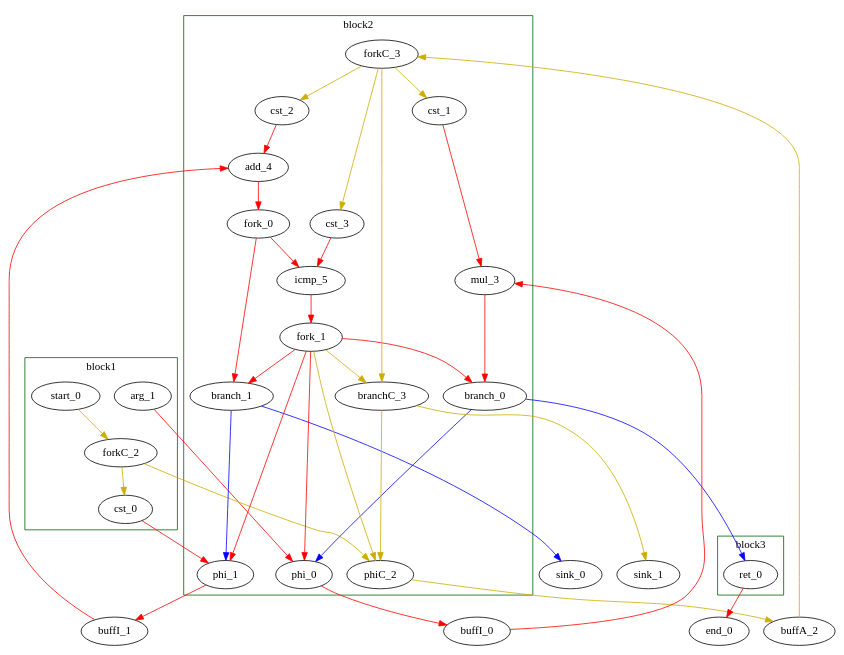
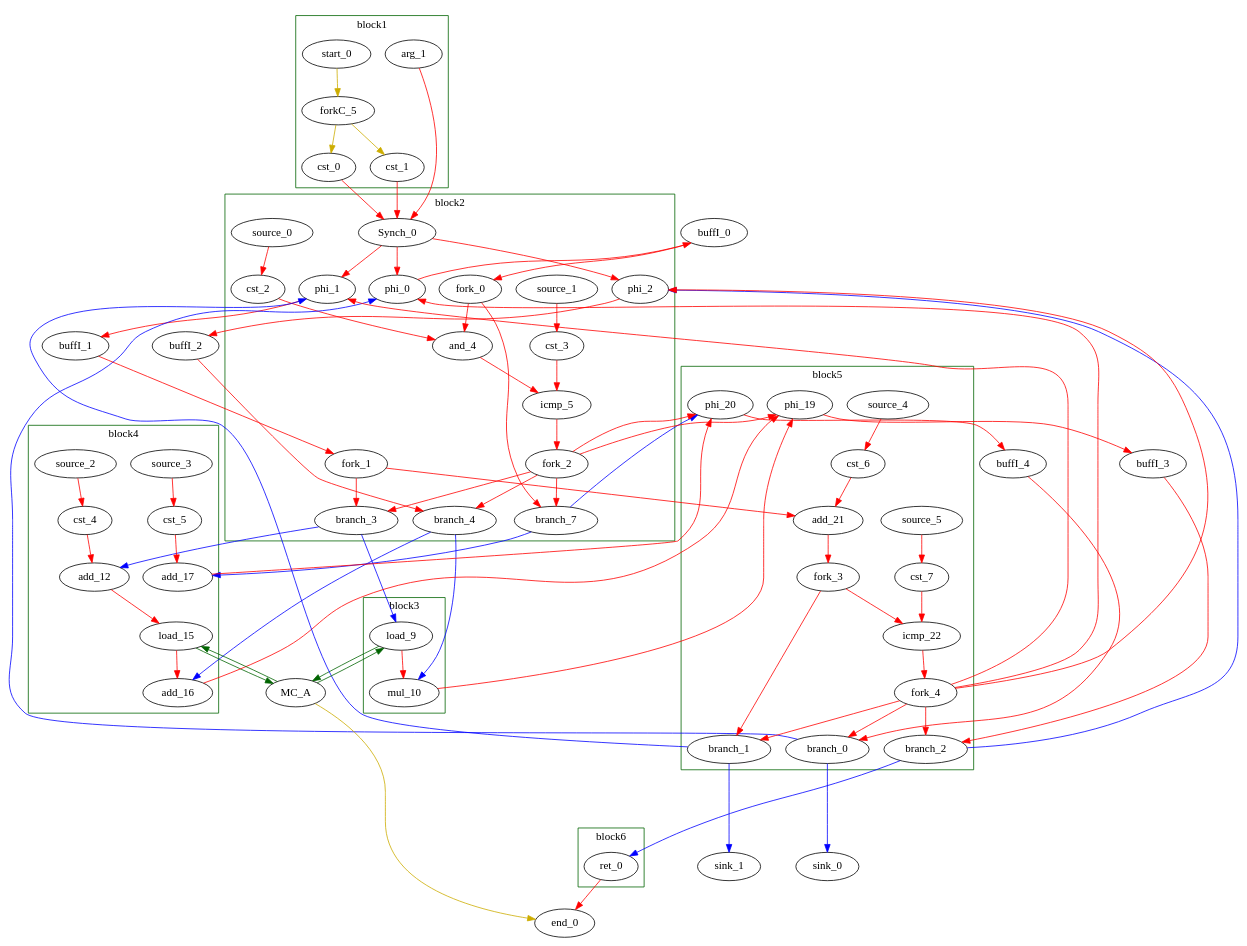
One commit to radigianluca/tagged-token-delivery changed the diagram in Regression_test/examples/fir/reports/fir.dot. Above: the diagram before and after it, drawn with Graphviz. The commit also changed 81 other files, not shown here.

```diff
--- a/Regression_test/examples/fir/reports/fir.dot
+++ b/Regression_test/examples/fir/reports/fir.dot
@@ -6,9 +6,10 @@
 	color = "darkgreen";
 		label = "block1";
 		"arg_1" [type = "Entry", bbID= 1, in = "in1:32", out = "out1:32"];
-		"cst_0" [type = "Constant", bbID= 1, in = "in1:32", out = "out1:32", value = "0x00000000"];
+		"cst_0" [type = "Constant", bbID= 1, in = "in1:32", out = "out1:32", value = "0x00000002"];
+		"cst_1" [type = "Constant", bbID= 1, in = "in1:32", out = "out1:32", value = "0x00000001"];
 		"start_0" [type = "Entry", control= "true", bbID= 1, in = "in1:0", out = "out1:0"];
-		"forkC_2" [type = "Fork", bbID= 1, in = "in1:0", out = "out1:0 out2:0 "];
+		"forkC_5" [type = "Fork", bbID= 1, in = "in1:0", out = "out1:0 out2:0 "];
 
 	}
 
@@ -17,70 +18,155 @@
 		label = "block2";
 		"phi_0" [type = "LoopMux", bbID= 2, in = "in1?:1 in2:32 in3:32 ", out = "out1:32", delay=0.366];
 		"phi_1" [type = "LoopMux", bbID= 2, in = "in1?:1 in2:32 in3:32 ", out = "out1:32", delay=0.366];
-		"cst_1" [type = "Constant", bbID= 2, in = "in1:32", out = "out1:32", value = "0x00000005"];
-		"mul_3" [type = "Operator", bbID= 2, op = "mul_op", in = "in1:32 in2:32 ", out = "out1:32 ", delay=0.000, latency=4, II=1];
+		"phi_2" [type = "LoopMux", bbID= 2, in = "in1?:1 in2:32 in3:32 ", out = "out1:32", delay=0.366];
 		"cst_2" [type = "Constant", bbID= 2, in = "in1:32", out = "out1:32", value = "0x00000001"];
-		"add_4" [type = "Operator", bbID= 2, op = "add_op", in = "in1:32 in2:32 ", out = "out1:32 ", delay=1.693, latency=0, II=1];
-		"cst_3" [type = "Constant", bbID= 2, in = "in1:32", out = "out1:32", value = "0x00000003"];
-		"icmp_5" [type = "Operator", bbID= 2, op = "icmp_ult_op", in = "in1:32 in2:32 ", out = "out1:1 ", delay=1.530, latency=0, II=1];
-		"phiC_2" [type = "LoopMux", bbID= 2, in = "in1?:1 in2:0 in3:0 ", out = "out1:0", delay=0.166];
-		"branch_0" [type = "Branch", bbID= 2,  in = "in1:32 in2?:1*i", out = "out1+:32 out2-:32"];
-		"branch_1" [type = "Branch", bbID= 2,  in = "in1:32 in2?:1*i", out = "out1+:32 out2-:32"];
-		"branchC_3" [type = "Branch", bbID= 2,  in = "in1:0 in2?:1*i", out = "out1+:0 out2-:0"];
+		"and_4" [type = "Operator", bbID= 2, op = "and_op", in = "in1:32 in2:32 ", out = "out1:32 ", delay=0.000, latency=0, II=1];
+		"cst_3" [type = "Constant", bbID= 2, in = "in1:32", out = "out1:32", value = "0x00000000"];
+		"icmp_5" [type = "Operator", bbID= 2, op = "icmp_eq_op", in = "in1:32 in2:32 ", out = "out1:1 ", delay=1.530, latency=0, II=1];
+		"source_0" [type = "Source", bbID= 2, out = "out1:0"];
+		"source_1" [type = "Source", bbID= 2, out = "out1:0"];
+		"branch_3" [type = "Branch", bbID= 2,  in = "in1:32 in2?:1", out = "out1+:32 out2-:32"];
+		"branch_4" [type = "Branch", bbID= 2,  in = "in1:32 in2?:1", out = "out1+:32 out2-:32"];
+		"branch_7" [type = "Branch", bbID= 2,  in = "in1:32 in2?:1*i", out = "out1+:32 out2-:32"];
+		"Synch_0" [type = "Synch", bbID= 2, in = " in1:32 in2:32 in3:32", out = " out1:32 out2:32 out3:32"];
 		"fork_0" [type = "Fork", bbID= 2, in = "in1:32", out = "out1:32 out2:32 "];
-		"fork_1" [type = "Fork", bbID= 2, in = "in1:32", out = "out1:32 out2:32 out3:32 out4:32 out5:32 out6:32 "];
-		"forkC_3" [type = "Fork", bbID= 2, in = "in1:0", out = "out1:0 out2:0 out3:0 out4:0 "];
+		"fork_1" [type = "Fork", bbID= 2, in = "in1:32", out = "out1:32 out2:32 "];
+		"fork_2" [type = "Fork", bbID= 2, in = "in1:32", out = "out1:32 out2:32 out3:32 out4:32 out5:32 "];
 
 	}
 
 	subgraph cluster_2 {
 	color = "darkgreen";
 		label = "block3";
-		"ret_0" [type = "Operator", bbID= 3, op = "ret_op", in = "in1:32 ", out = "out1:32 ", delay=0.000, latency=0, II=1];
+		"load_9" [type = "Operator", bbID= 3, op = "mc_load_op",bbID= 3, portId= 0, offset= 0, in = "in1:32 in2:32", out = "out1:32 out2:32 ", delay=0.000, latency=2, II=1];
+		"mul_10" [type = "Operator", bbID= 3, op = "mul_op", in = "in1:32 in2:32 ", out = "out1:32 ", delay=0.000, latency=4, II=1];
 
 	}
+
+	subgraph cluster_3 {
+	color = "darkgreen";
+		label = "block4";
+		"cst_4" [type = "Constant", bbID= 4, in = "in1:32", out = "out1:32", value = "0xFFFFFFFF"];
+		"add_12" [type = "Operator", bbID= 4, op = "add_op", in = "in1:32 in2:32 ", out = "out1:32 ", delay=1.693, latency=0, II=1];
+		"load_15" [type = "Operator", bbID= 4, op = "mc_load_op",bbID= 4, portId= 1, offset= 0, in = "in1:32 in2:32", out = "out1:32 out2:32 ", delay=0.000, latency=2, II=1];
+		"add_16" [type = "Operator", bbID= 4, op = "add_op", in = "in1:32 in2:32 ", out = "out1:32 ", delay=1.693, latency=0, II=1];
+		"cst_5" [type = "Constant", bbID= 4, in = "in1:32", out = "out1:32", value = "0x00000001"];
+		"add_17" [type = "Operator", bbID= 4, op = "add_op", in = "in1:32 in2:32 ", out = "out1:32 ", delay=1.693, latency=0, II=1];
+		"source_2" [type = "Source", bbID= 4, out = "out1:0"];
+		"source_3" [type = "Source", bbID= 4, out = "out1:0"];
+
+	}
+
+	subgraph cluster_4 {
+	color = "darkgreen";
+		label = "block5";
+		"phi_19" [type = "Mux", bbID= 5, in = "in1?:1 in2:32 in3:32 ", out = "out1:32", delay=0.366];
+		"phi_20" [type = "Mux", bbID= 5, in = "in1?:1 in2:32 in3:32 ", out = "out1:32", delay=0.366];
+		"cst_6" [type = "Constant", bbID= 5, in = "in1:32", out = "out1:32", value = "0x00000001"];
+		"add_21" [type = "Operator", bbID= 5, op = "add_op", in = "in1:32 in2:32 ", out = "out1:32 ", delay=1.693, latency=0, II=1];
+		"cst_7" [type = "Constant", bbID= 5, in = "in1:32", out = "out1:32", value = "0x0000000A"];
+		"icmp_22" [type = "Operator", bbID= 5, op = "icmp_ult_op", in = "in1:32 in2:32 ", out = "out1:1 ", delay=1.530, latency=0, II=1];
+		"source_4" [type = "Source", bbID= 5, out = "out1:0"];
+		"source_5" [type = "Source", bbID= 5, out = "out1:0"];
+		"branch_0" [type = "Branch", bbID= 5,  in = "in1:32 in2?:1*i", out = "out1+:32 out2-:32"];
+		"branch_1" [type = "Branch", bbID= 5,  in = "in1:32 in2?:1*i", out = "out1+:32 out2-:32"];
+		"branch_2" [type = "Branch", bbID= 5,  in = "in1:32 in2?:1*i", out = "out1+:32 out2-:32"];
+		"fork_3" [type = "Fork", bbID= 5, in = "in1:32", out = "out1:32 out2:32 "];
+		"fork_4" [type = "Fork", bbID= 5, in = "in1:32", out = "out1:32 out2:32 out3:32 out4:32 out5:32 out6:32 "];
+
+	}
+
+	subgraph cluster_5 {
+	color = "darkgreen";
+		label = "block6";
+		"ret_0" [type = "Operator", bbID= 6, op = "ret_op", in = "in1:32 ", out = "out1:32 ", delay=0.000, latency=0, II=1];
+
+	}
+	"MC_A" [type = "MC", bbID= 0, in = "in1:32*l0a in2:32*l1a ", out = "out1:32*l0d out2:32*l1d out3:0*e ", memory = "A", bbcount = 0, ldcount = 2, stcount = 0];
 	"sink_0" [type = "Sink", bbID= 0, in = "in1:32"];
-	"sink_1" [type = "Sink", bbID= 0, in = "in1:0"];
-	"end_0" [type = "Exit", bbID= 0, in = "in1:32 ", out = "out1:32"];
+	"sink_1" [type = "Sink", bbID= 0, in = "in1:32"];
+	"end_0" [type = "Exit", bbID= 0, in = "in1:0*e in2:32 ", out = "out1:32"];
 	"buffI_0" [type = "Buffer", bbID= 0, in = "in1:32", out = "out1:32"];
 	"buffI_1" [type = "Buffer", bbID= 0, in = "in1:32", out = "out1:32"];
-	"buffA_2" [type = "Buffer", bbID= 0, in = "in1:0", out = "out1:0"];
+	"buffI_2" [type = "Buffer", bbID= 0, in = "in1:32", out = "out1:32"];
+	"buffI_3" [type = "Buffer", bbID= 0, in = "in1:32", out = "out1:32"];
+	"buffI_4" [type = "Buffer", bbID= 0, in = "in1:32", out = "out1:32"];
 
-	"arg_1" -> "phi_0" [color = "red", from = "out1", to = "in2"];
+	"load_9" -> "MC_A" [color = "darkgreen", mem_address = "true", from = "out2", to = "in1"];
+	"MC_A" -> "load_9" [color = "darkgreen", mem_address = "false", from = "out1", to = "in1"];
+	"load_15" -> "MC_A" [color = "darkgreen", mem_address = "true", from = "out2", to = "in2"];
+	"MC_A" -> "load_15" [color = "darkgreen", mem_address = "false", from = "out2", to = "in1"];
+	"MC_A" -> "end_0" [color = "gold3", from = "out3", to = "in1"];
+	"arg_1" -> "Synch_0" [color = "red", from = "out1", to = "in1"];
 	"phi_0" -> "buffI_0" [color = "red", from = "out1", to = "in1"];
-	"cst_0" -> "phi_1" [color = "red", from = "out1", to = "in2"];
+	"cst_0" -> "Synch_0" [color = "red", from = "out1", to = "in2"];
 	"phi_1" -> "buffI_1" [color = "red", from = "out1", to = "in1"];
-	"cst_1" -> "mul_3" [color = "red", from = "out1", to = "in2"];
-	"mul_3" -> "branch_0" [color = "red", from = "out1", to = "in1"];
-	"cst_2" -> "add_4" [color = "red", from = "out1", to = "in2"];
-	"add_4" -> "fork_0" [color = "red", from = "out1", to = "in1"];
+	"cst_1" -> "Synch_0" [color = "red", from = "out1", to = "in3"];
+	"phi_2" -> "buffI_2" [color = "red", from = "out1", to = "in1"];
+	"cst_2" -> "and_4" [color = "red", from = "out1", to = "in2"];
+	"and_4" -> "icmp_5" [color = "red", from = "out1", to = "in1"];
 	"cst_3" -> "icmp_5" [color = "red", from = "out1", to = "in2"];
-	"icmp_5" -> "fork_1" [color = "red", from = "out1", to = "in1"];
-	"ret_0" -> "end_0" [color = "red", from = "out1", to = "in1"];
-	"start_0" -> "forkC_2" [color = "gold3", from = "out1", to = "in1"];
-	"phiC_2" -> "buffA_2" [color = "gold3", from = "out1", to = "in1"];
-	"branch_0" -> "ret_0" [color = "blue", minlen = 3, from = "out1", to = "in1"];
+	"icmp_5" -> "fork_2" [color = "red", from = "out1", to = "in1"];
+	"load_9" -> "mul_10" [color = "red", from = "out1", to = "in2"];
+	"mul_10" -> "phi_19" [color = "red", from = "out1", to = "in2"];
+	"cst_4" -> "add_12" [color = "red", from = "out1", to = "in2"];
+	"add_12" -> "load_15" [color = "red", from = "out1", to = "in2"];
+	"load_15" -> "add_16" [color = "red", from = "out1", to = "in2"];
+	"add_16" -> "phi_19" [color = "red", from = "out1", to = "in3"];
+	"cst_5" -> "add_17" [color = "red", from = "out1", to = "in2"];
+	"add_17" -> "phi_20" [color = "red", from = "out1", to = "in3"];
+	"phi_19" -> "buffI_3" [color = "red", from = "out1", to = "in1"];
+	"phi_20" -> "buffI_4" [color = "red", from = "out1", to = "in1"];
+	"cst_6" -> "add_21" [color = "red", from = "out1", to = "in2"];
+	"add_21" -> "fork_3" [color = "red", from = "out1", to = "in1"];
+	"cst_7" -> "icmp_22" [color = "red", from = "out1", to = "in2"];
+	"icmp_22" -> "fork_4" [color = "red", from = "out1", to = "in1"];
+	"ret_0" -> "end_0" [color = "red", from = "out1", to = "in2"];
+	"source_0" -> "cst_2" [color = "red", from = "out1", to = "in1"];
+	"source_1" -> "cst_3" [color = "red", from = "out1", to = "in1"];
+	"source_2" -> "cst_4" [color = "red", from = "out1", to = "in1"];
+	"source_3" -> "cst_5" [color = "red", from = "out1", to = "in1"];
+	"source_4" -> "cst_6" [color = "red", from = "out1", to = "in1"];
+	"source_5" -> "cst_7" [color = "red", from = "out1", to = "in1"];
+	"start_0" -> "forkC_5" [color = "gold3", from = "out1", to = "in1"];
+	"branch_0" -> "sink_0" [color = "blue", minlen = 3, from = "out1", to = "in1"];
 	"branch_0" -> "phi_0" [color = "blue", minlen = 3, from = "out2", to = "in3"];
-	"branch_1" -> "sink_0" [color = "blue", minlen = 3, from = "out1", to = "in1"];
+	"branch_1" -> "sink_1" [color = "blue", minlen = 3, from = "out1", to = "in1"];
 	"branch_1" -> "phi_1" [color = "blue", minlen = 3, from = "out2", to = "in3"];
-	"branchC_3" -> "sink_1" [color = "gold3", minlen = 3, from = "out1", to = "in1"];
-	"branchC_3" -> "phiC_2" [color = "gold3", minlen = 3, from = "out2", to = "in3"];
-	"fork_0" -> "icmp_5" [color = "red", from = "out1", to = "in1"];
-	"fork_0" -> "branch_1" [color = "red", from = "out2", to = "in1"];
-	"fork_1" -> "branch_0" [color = "red", from = "out1", to = "in2"];
-	"fork_1" -> "branch_1" [color = "red", from = "out2", to = "in2"];
-	"fork_1" -> "branchC_3" [color = "gold3", from = "out3", to = "in2"];
-	"fork_1" -> "phi_0" [color = "red", from = "out4", to = "in1"];
-	"fork_1" -> "phi_1" [color = "red", from = "out5", to = "in1"];
-	"fork_1" -> "phiC_2" [color = "gold3", from = "out6", to = "in1"];
-	"forkC_2" -> "cst_0" [color = "gold3", from = "out1", to = "in1"];
-	"forkC_2" -> "phiC_2" [color = "gold3", from = "out2", to = "in2"];
-	"forkC_3" -> "cst_1" [color = "gold3", from = "out1", to = "in1"];
-	"forkC_3" -> "branchC_3" [color = "gold3", from = "out2", to = "in1"];
-	"forkC_3" -> "cst_2" [color = "gold3", from = "out3", to = "in1"];
-	"forkC_3" -> "cst_3" [color = "gold3", from = "out4", to = "in1"];
-	"buffI_0" -> "mul_3" [color = "red", from = "out1", to = "in1"];
-	"buffI_1" -> "add_4" [color = "red", from = "out1", to = "in1"];
-	"buffA_2" -> "forkC_3" [color = "gold3", from = "out1", to = "in1"];
+	"branch_2" -> "ret_0" [color = "blue", minlen = 3, from = "out1", to = "in1"];
+	"branch_2" -> "phi_2" [color = "blue", minlen = 3, from = "out2", to = "in3"];
+	"branch_3" -> "add_12" [color = "blue", minlen = 3, from = "out1", to = "in1"];
+	"branch_3" -> "load_9" [color = "blue", minlen = 3, from = "out2", to = "in2"];
+	"branch_4" -> "add_16" [color = "blue", minlen = 3, from = "out1", to = "in1"];
+	"branch_4" -> "mul_10" [color = "blue", minlen = 3, from = "out2", to = "in1"];
+	"branch_7" -> "phi_20" [color = "blue", minlen = 3, from = "out1", to = "in2"];
+	"branch_7" -> "add_17" [color = "blue", minlen = 3, from = "out2", to = "in1"];
+	"Synch_0" -> "phi_0" [color = "red", from = "out1", to = "in2"];
+	"Synch_0" -> "phi_1" [color = "red", from = "out2", to = "in2"];
+	"Synch_0" -> "phi_2" [color = "red", from = "out3", to = "in2"];
+	"fork_0" -> "and_4" [color = "red", from = "out1", to = "in1"];
+	"fork_0" -> "branch_7" [color = "red", from = "out2", to = "in1"];
+	"fork_1" -> "add_21" [color = "red", from = "out1", to = "in1"];
+	"fork_1" -> "branch_3" [color = "red", from = "out2", to = "in1"];
+	"fork_2" -> "branch_3" [color = "red", from = "out1", to = "in2"];
+	"fork_2" -> "branch_4" [color = "red", from = "out2", to = "in2"];
+	"fork_2" -> "branch_7" [color = "red", from = "out3", to = "in2"];
+	"fork_2" -> "phi_19" [color = "red", from = "out4", to = "in1"];
+	"fork_2" -> "phi_20" [color = "red", from = "out5", to = "in1"];
+	"fork_3" -> "icmp_22" [color = "red", from = "out1", to = "in1"];
+	"fork_3" -> "branch_1" [color = "red", from = "out2", to = "in1"];
+	"fork_4" -> "branch_0" [color = "red", from = "out1", to = "in2"];
+	"fork_4" -> "branch_1" [color = "red", from = "out2", to = "in2"];
+	"fork_4" -> "branch_2" [color = "red", from = "out3", to = "in2"];
+	"fork_4" -> "phi_0" [color = "red", from = "out4", to = "in1"];
+	"fork_4" -> "phi_1" [color = "red", from = "out5", to = "in1"];
+	"fork_4" -> "phi_2" [color = "red", from = "out6", to = "in1"];
+	"forkC_5" -> "cst_0" [color = "gold3", from = "out1", to = "in1"];
+	"forkC_5" -> "cst_1" [color = "gold3", from = "out2", to = "in1"];
+	"buffI_0" -> "fork_0" [color = "red", from = "out1", to = "in1"];
+	"buffI_1" -> "fork_1" [color = "red", from = "out1", to = "in1"];
+	"buffI_2" -> "branch_4" [color = "red", from = "out1", to = "in1"];
+	"buffI_3" -> "branch_2" [color = "red", from = "out1", to = "in1"];
+	"buffI_4" -> "branch_0" [color = "red", from = "out1", to = "in1"];
 
 }
```
